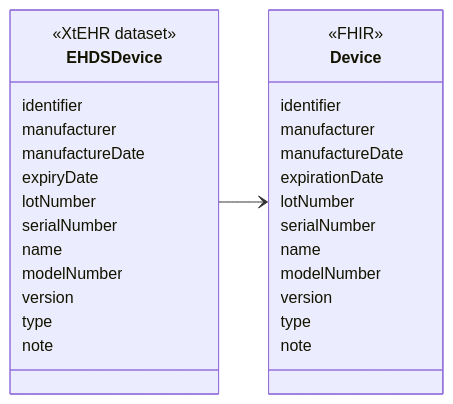
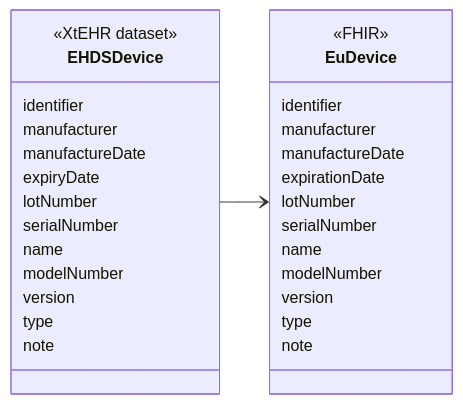
The diagram in input/intro-notes/ConceptMap-EHDSDeviceMap-intro.md (oijauregui/ehdsimaging), drawn with Mermaid before and after one commit. The commit also changed 138 other files, not shown here.

````diff
--- a/input/intro-notes/ConceptMap-EHDSDeviceMap-intro.md
+++ b/input/intro-notes/ConceptMap-EHDSDeviceMap-intro.md
@@ -5,35 +5,35 @@
 ```mermaid
 classDiagram
 direction LR
 class EHDSDevice {
   <<XtEHR dataset>>
   identifier
   manufacturer
   manufactureDate
   expiryDate
   lotNumber
   serialNumber
   name
   modelNumber
   version
   type
   note
 }
 link EHDSDevice "https://build.fhir.org/ig/Xt-EHR/xt-ehr-common/StructureDefinition-EHDSDevice.html"
-class Device{
+class EuDevice{
   <<FHIR>>
   identifier
   manufacturer
   manufactureDate
   expirationDate
   lotNumber
   serialNumber
   name
   modelNumber
   version
   type
   note
 }
 
-EHDSDevice --> Device
+EHDSDevice --> EuDevice
 ```
````
